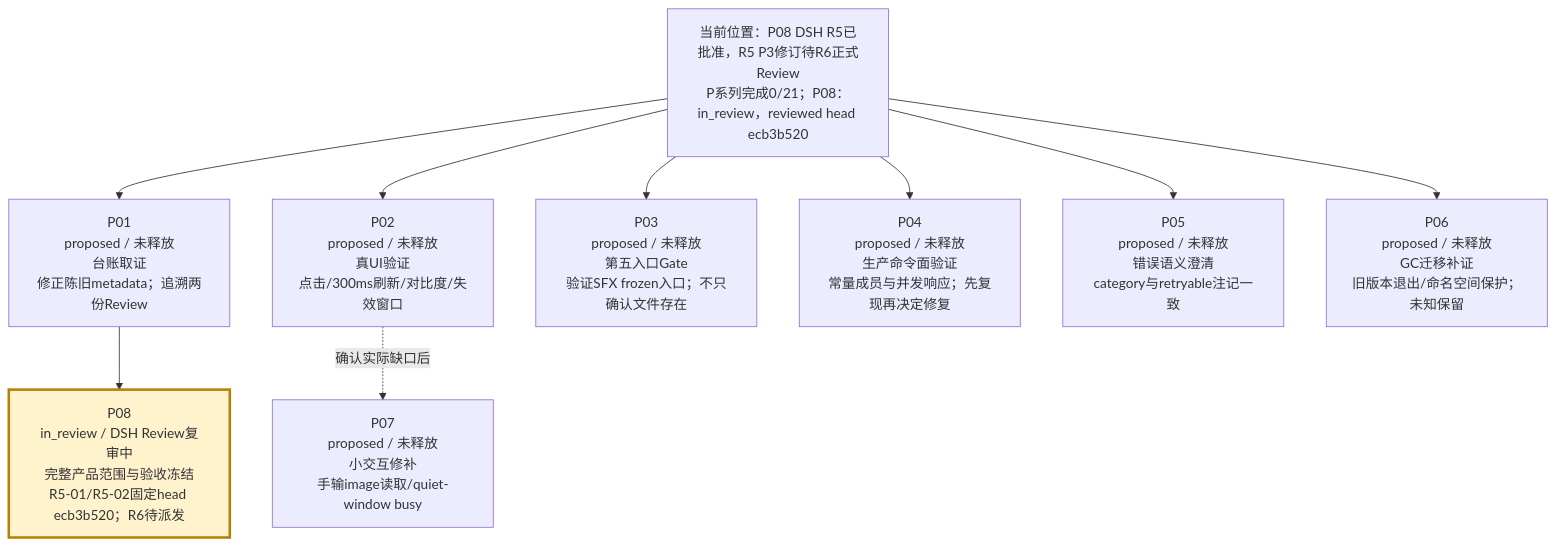
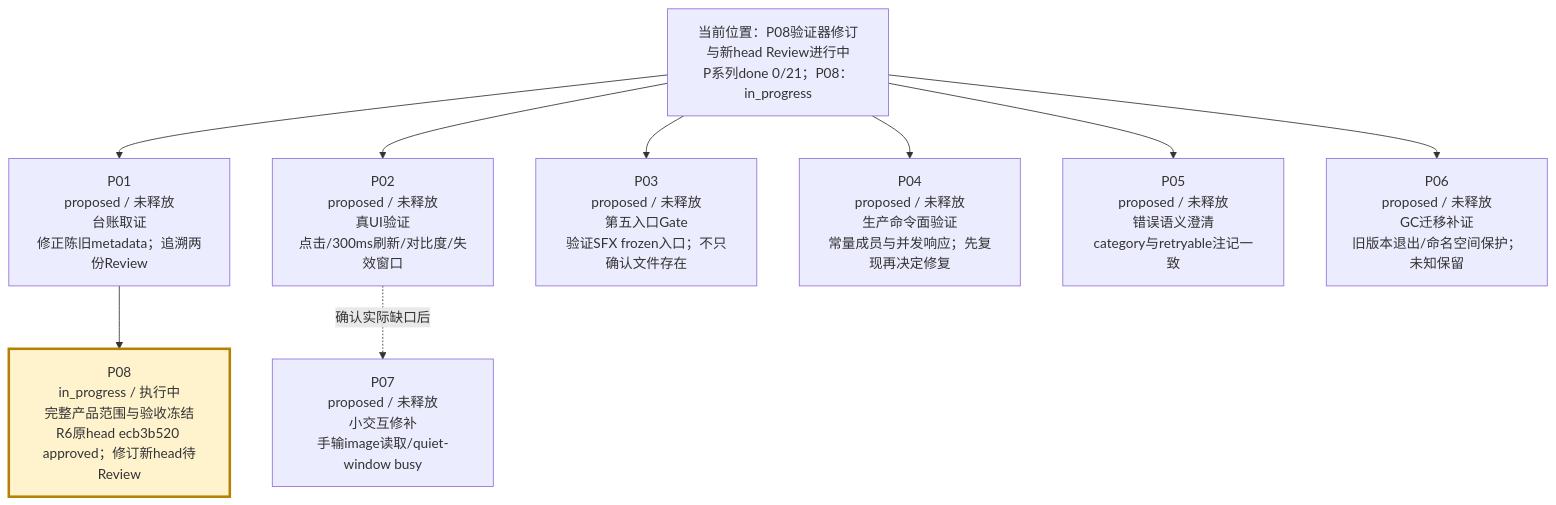
One commit to peakwheat-pixel/New-Manga changed the second of 4 diagrams in verification/PROJECT-ROADMAP-20261008/ROADMAP.md. Above: the diagram before and after it, drawn with Mermaid. The commit also changed other lines of this file and 13 other files, not shown here.

````diff
--- a/verification/PROJECT-ROADMAP-20261008/ROADMAP.md
+++ b/verification/PROJECT-ROADMAP-20261008/ROADMAP.md
@@ -30,12 +30,12 @@
 ```mermaid
 flowchart TB
-  BASE["当前位置：P08 DSH R5已批准，R5 P3修订待R6正式Review<br/>P系列完成0/21；P08：in_review，reviewed head ecb3b520"] --> P01["P01<br/>proposed / 未释放<br/>台账取证<br/>修正陈旧metadata；追溯两份Review"]
+  BASE["当前位置：P08验证器修订与新head Review进行中<br/>P系列done 0/21；P08：in_progress"] --> P01["P01<br/>proposed / 未释放<br/>台账取证<br/>修正陈旧metadata；追溯两份Review"]
   BASE --> P02["P02<br/>proposed / 未释放<br/>真UI验证<br/>点击/300ms刷新/对比度/失效窗口"]
   BASE --> P03["P03<br/>proposed / 未释放<br/>第五入口Gate<br/>验证SFX frozen入口；不只确认文件存在"]
   BASE --> P04["P04<br/>proposed / 未释放<br/>生产命令面验证<br/>常量成员与并发响应；先复现再决定修复"]
   BASE --> P05["P05<br/>proposed / 未释放<br/>错误语义澄清<br/>category与retryable注记一致"]
   BASE --> P06["P06<br/>proposed / 未释放<br/>GC迁移补证<br/>旧版本退出/命名空间保护；未知保留"]
   P02 -. "确认实际缺口后" .-> P07["P07<br/>proposed / 未释放<br/>小交互修补<br/>手输image读取/quiet-window busy"]
-  P01 --> P08["P08<br/>in_review / DSH Review复审中<br/>完整产品范围与验收冻结<br/>R5-01/R5-02固定head ecb3b520；R6待派发"]
+  P01 --> P08["P08<br/>in_progress / 执行中<br/>完整产品范围与验收冻结<br/>R6原head ecb3b520 approved；修订新head待Review"]
   style P08 fill:#fff3cd,stroke:#b58105,stroke-width:3px
 ```
````
